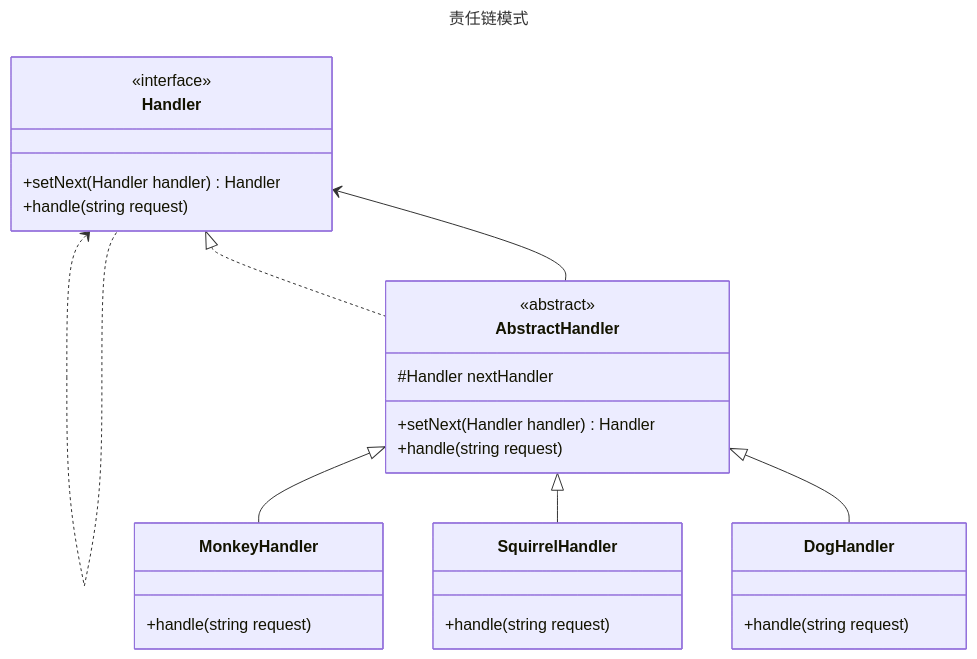
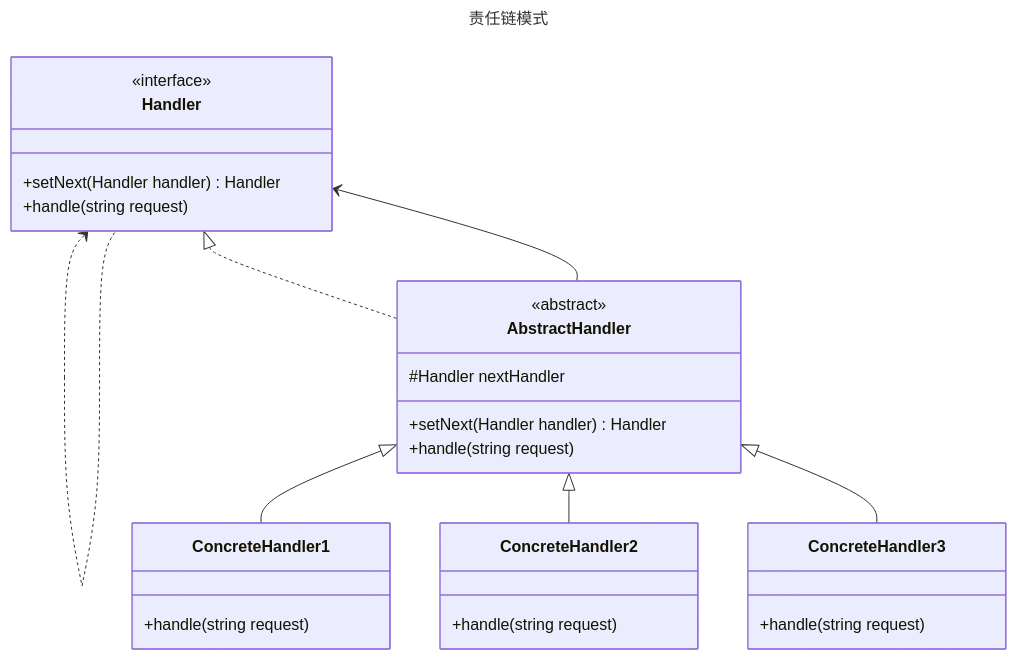
The diagram in chain-of-responsibility/README.md (fengyun89/typescript-design-patterns), drawn with Mermaid before and after one commit. The commit also changed 22 other files, not shown here.

Commit message:
行为型模式类图

````diff
--- a/chain-of-responsibility/README.md
+++ b/chain-of-responsibility/README.md
@@ -1,32 +1,32 @@
 ```mermaid
 ---
 title: 责任链模式
 ---
 classDiagram
     class Handler {
         <<interface>>
         +setNext(Handler handler) Handler
         +handle(string request)
     }
     class AbstractHandler {
         <<abstract>>
         #Handler nextHandler
         +setNext(Handler handler) Handler
         +handle(string request)
     }
-    class MonkeyHandler {
+    class ConcreteHandler1 {
         +handle(string request)
     }
-    class SquirrelHandler {
+    class ConcreteHandler2 {
         +handle(string request)
     }
-    class DogHandler {
+    class ConcreteHandler3 {
         +handle(string request)
     }
     Handler <.. Handler
     Handler <|.. AbstractHandler
     Handler <-- AbstractHandler
-    AbstractHandler <|-- MonkeyHandler
-    AbstractHandler <|-- SquirrelHandler
-    AbstractHandler <|-- DogHandler
+    AbstractHandler <|-- ConcreteHandler1
+    AbstractHandler <|-- ConcreteHandler2
+    AbstractHandler <|-- ConcreteHandler3
 ```
````
